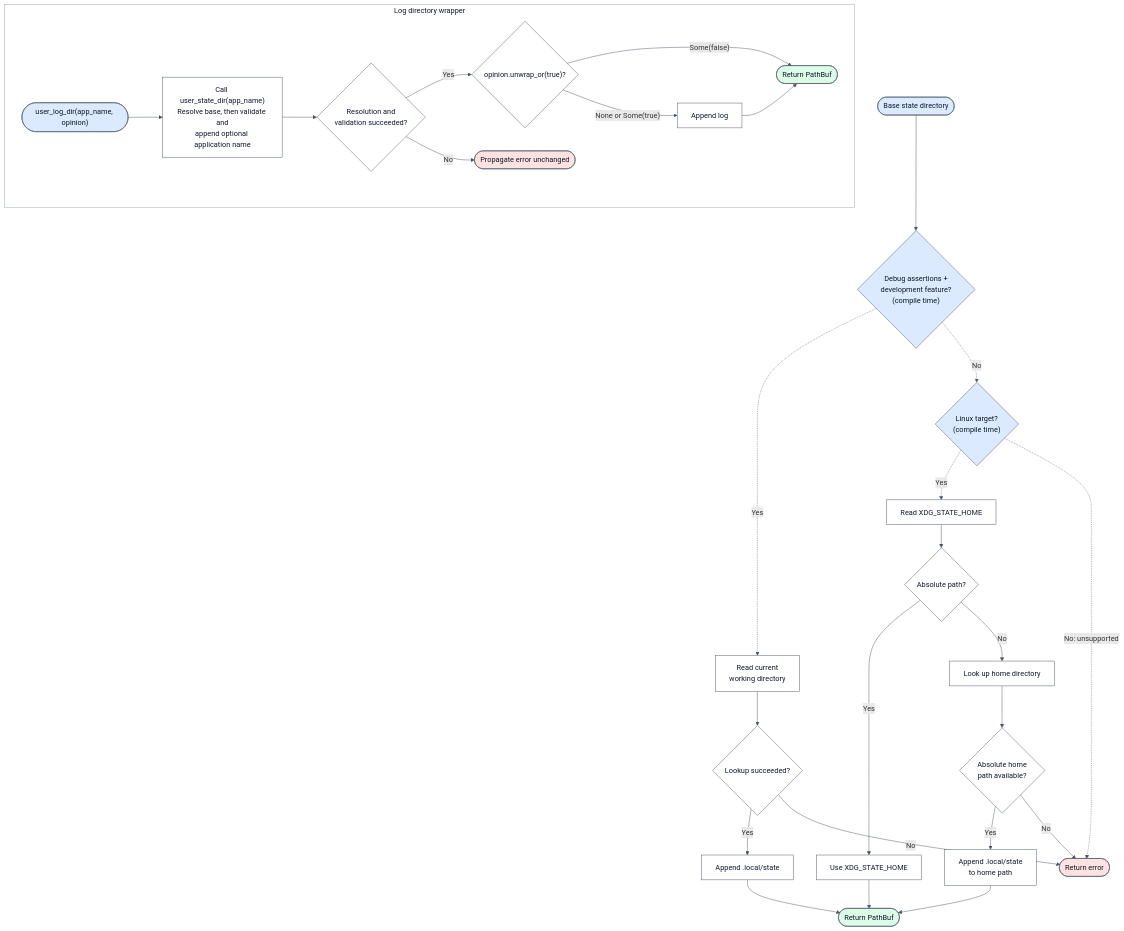
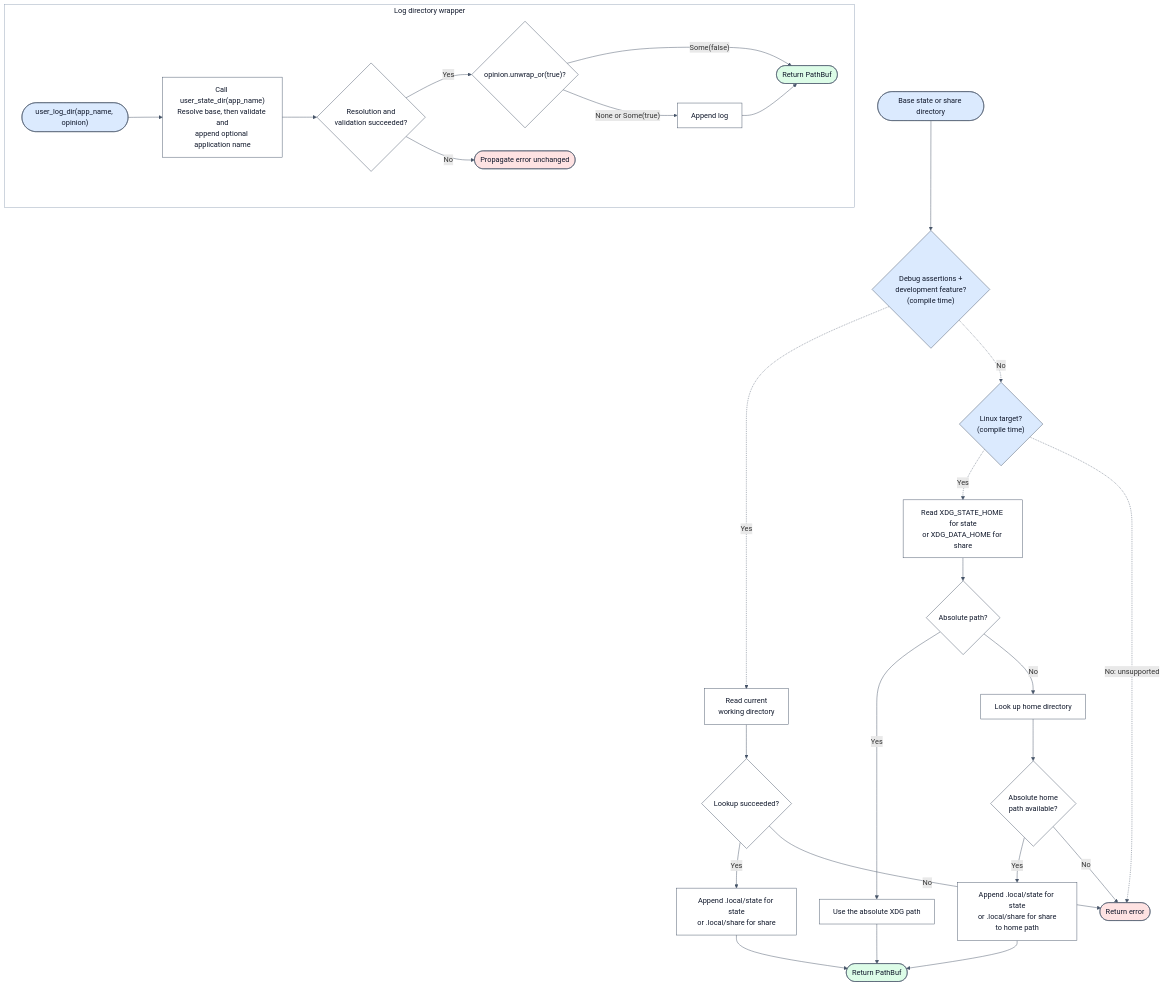
The diagram in crates/platform-dirs/docs/resolution.mmd (chessvaultdotapp/chessvault), drawn with Mermaid before and after one commit. The commit also changed 11 other files, not shown here.

Commit message:
[platform-dirs][docs] Add user share directory resolution

```diff
--- a/crates/platform-dirs/docs/resolution.mmd
+++ b/crates/platform-dirs/docs/resolution.mmd
@@ -1,66 +1,66 @@
 flowchart TB
     subgraph log_wrapper["Log directory wrapper"]
         log_start(["user_log_dir(app_name, opinion)"])
         state_call["Call user_state_dir(app_name)<br/>Resolve base, then validate and<br/>append optional application name"]
         state_ok{"Resolution and<br/>validation succeeded?"}
         opinion{"opinion.unwrap_or(true)?"}
         append_log["Append log"]
         log_result(["Return PathBuf"])
         log_error(["Propagate error unchanged"])
 
         log_start --> state_call
         state_call --> state_ok
         state_ok -->|Yes| opinion
         state_ok -->|No| log_error
         opinion -->|"None or Some(true)"| append_log
         opinion -->|"Some(false)"| log_result
         append_log --> log_result
     end
 
-    start(["Base state directory"])
+    start(["Base state or share directory"])
     select{"Debug assertions +<br/>development feature?<br/>(compile time)"}
     platform{"Linux target?<br/>(compile time)"}
 
     cwd["Read current<br/>working directory"]
     cwd_ok{"Lookup succeeded?"}
-    local["Append .local/state"]
+    local["Append .local/state for state<br/>or .local/share for share"]
 
-    read_xdg["Read XDG_STATE_HOME"]
+    read_xdg["Read XDG_STATE_HOME for state<br/>or XDG_DATA_HOME for share"]
     xdg{"Absolute path?"}
-    use_xdg["Use XDG_STATE_HOME"]
+    use_xdg["Use the absolute XDG path"]
     home["Look up home directory"]
     valid_home{"Absolute home<br/>path available?"}
-    fallback["Append .local/state<br/>to home path"]
+    fallback["Append .local/state for state<br/>or .local/share for share<br/>to home path"]
 
     error(["Return error"])
     result(["Return PathBuf"])
 
     start --> select
     select -.->|Yes| cwd
     select -.->|No| platform
     platform -.->|Yes| read_xdg
     platform -.->|"No: unsupported"| error
 
     cwd --> cwd_ok
     cwd_ok -->|Yes| local
     cwd_ok -->|No| error
     local --> result
 
     read_xdg --> xdg
     xdg -->|Yes| use_xdg
     xdg -->|No| home
     use_xdg --> result
     home --> valid_home
     valid_home -->|Yes| fallback
     valid_home -->|No| error
     fallback --> result
 
     classDef default fill:#ffffff,stroke:#475569,color:#0f172a
     classDef entry fill:#dbeafe,stroke:#475569,color:#0f172a
     classDef success fill:#dcfce7,stroke:#475569,color:#0f172a
     classDef failure fill:#fee2e2,stroke:#475569,color:#0f172a
     class log_start,start,select,platform entry
     class log_result,result success
     class log_error,error failure
     style log_wrapper fill:transparent,stroke:#94a3b8,color:#0f172a
     linkStyle default stroke:#475569
```
